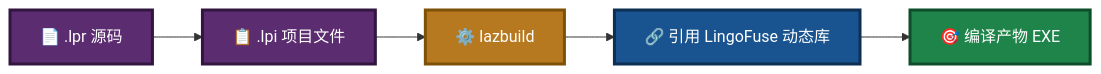
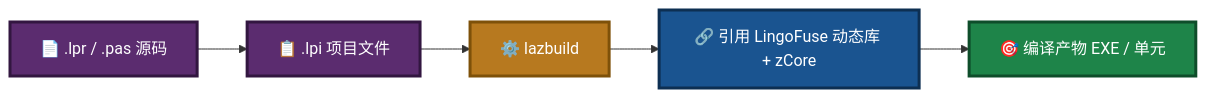
One commit to PassByYou888/LingoFuse-pasAgent-v3 changed the third of 4 diagrams in Build_Guide.md. Above: the diagram before and after it, drawn with Mermaid. The commit also changed other lines of this file, not shown here.

````diff
--- a/Build_Guide.md
+++ b/Build_Guide.md
@@ -344,13 +449,13 @@
 ```mermaid
 flowchart LR
-    A["📄 .lpr 源码"] --> B["📋 .lpi 项目文件"]
+    A["📄 .lpr / .pas 源码"] --> B["📋 .lpi 项目文件"]
     B --> C["⚙️ lazbuild"]
-    C --> D["🔗 引用 LingoFuse 动态库"]
-    D --> E["🎯 编译产物 EXE"]
+    C --> D["🔗 引用 LingoFuse 动态库 + zCore"]
+    D --> E["🎯 编译产物 EXE / 单元"]
 
     style A fill:#5B2C6F,stroke:#321640,stroke-width:3px,color:#FFFFFF
     style B fill:#5B2C6F,stroke:#321640,stroke-width:3px,color:#FFFFFF
     style C fill:#B7791F,stroke:#7E5109,stroke-width:3px,color:#FFFFFF
     style D fill:#1A5490,stroke:#0D2F52,stroke-width:3px,color:#FFFFFF
     style E fill:#1E8449,stroke:#0E4D2A,stroke-width:3px,color:#FFFFFF
 ```
````
